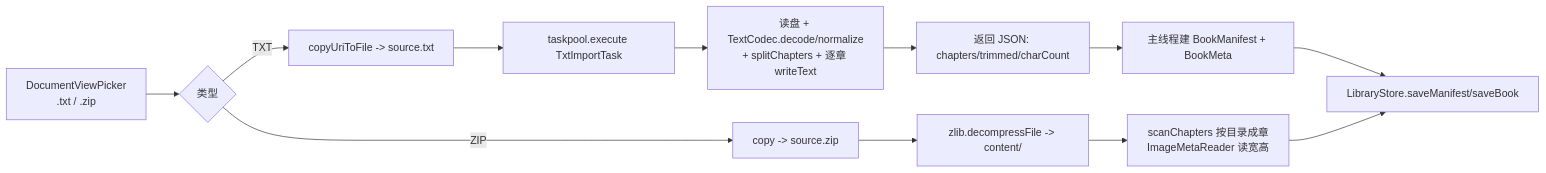
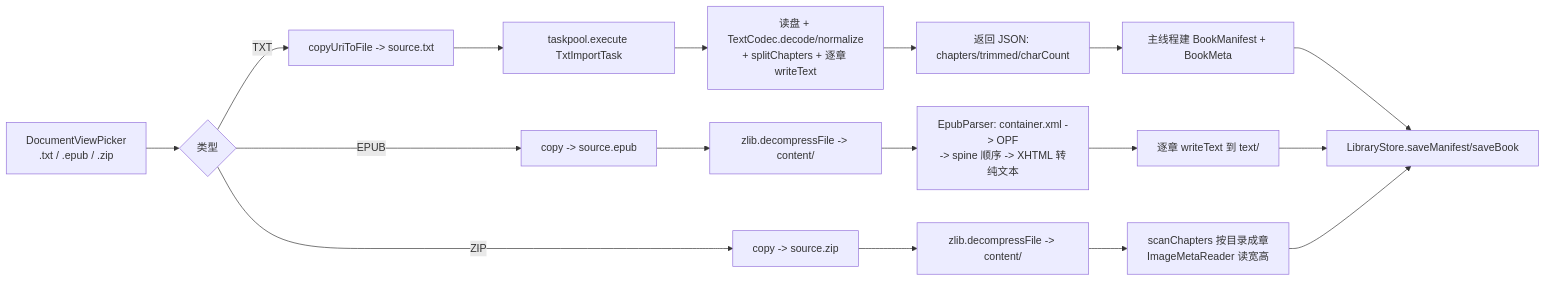
One commit to YFCbingyi/ireader changed the first of 2 diagrams in docs/ARCHITECTURE.md. Above: the diagram before and after it, drawn with Mermaid. The commit also changed other lines of this file and 24 other files, not shown here.

````diff
--- a/docs/ARCHITECTURE.md
+++ b/docs/ARCHITECTURE.md
@@ -159,14 +170,19 @@
 ```mermaid
 flowchart LR
-  A[DocumentViewPicker<br>.txt / .zip] --> B{类型}
+  A[DocumentViewPicker<br>.txt / .epub / .zip] --> B{类型}
   B -- TXT --> C[copyUriToFile -> source.txt]
   C --> D[taskpool.execute TxtImportTask]
   D --> E[读盘 + TextCodec.decode/normalize<br>+ splitChapters + 逐章 writeText]
   E --> F[返回 JSON: chapters/trimmed/charCount]
   F --> G[主线程建 BookManifest + BookMeta]
   G --> H[LibraryStore.saveManifest/saveBook]
+  B -- EPUB --> P[copy -> source.epub]
+  P --> Q[zlib.decompressFile -> content/]
+  Q --> R[EpubParser: container.xml -> OPF<br>-> spine 顺序 -> XHTML 转纯文本]
+  R --> S[逐章 writeText 到 text/]
+  S --> H
   B -- ZIP --> I[copy -> source.zip]
   I --> J[zlib.decompressFile -> content/]
   J --> K[scanChapters 按目录成章<br>ImageMetaReader 读宽高]
   K --> H
 ```
````
